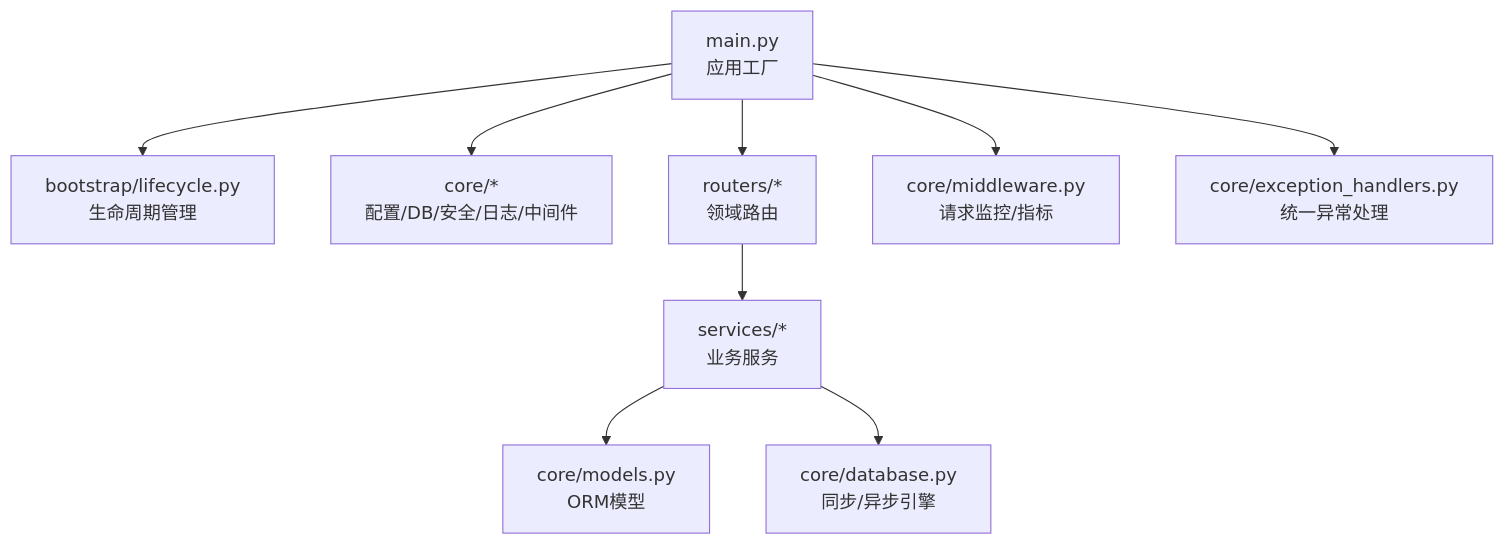
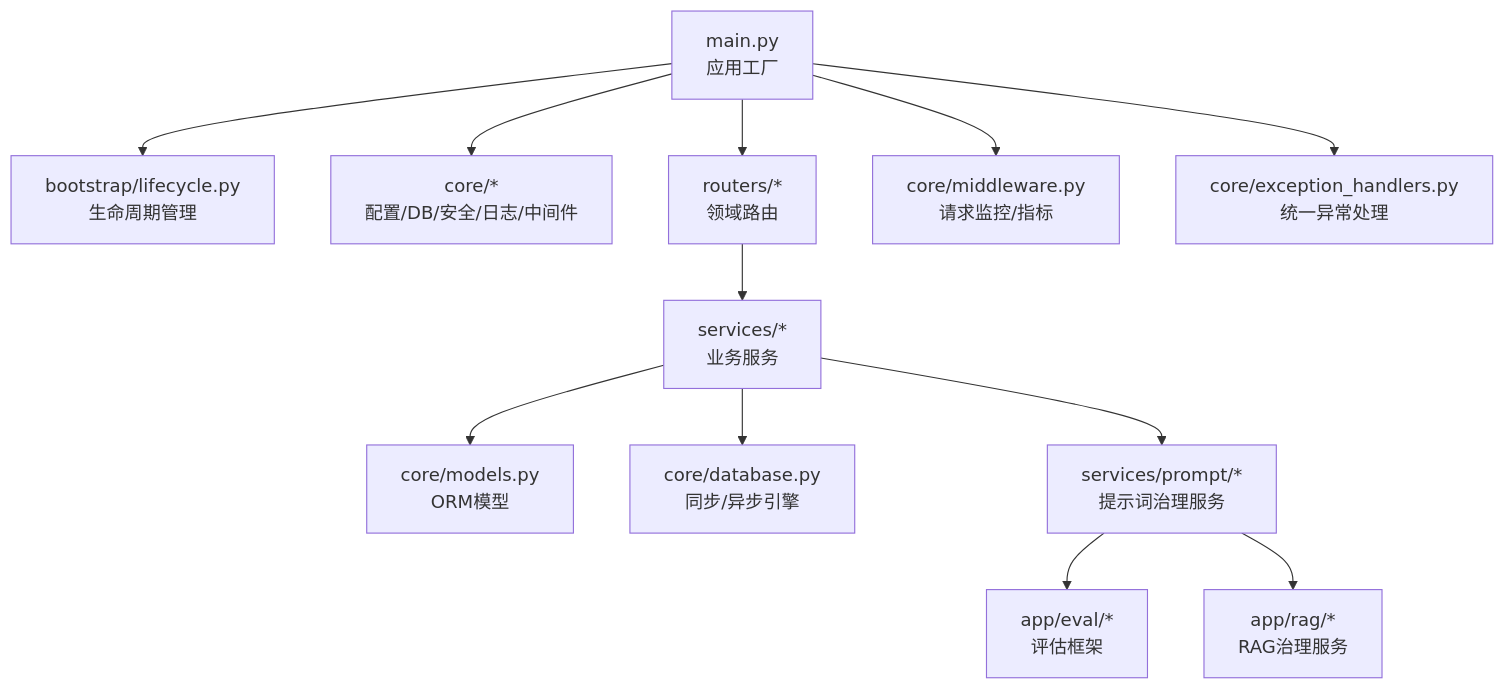
Before and after one commit to songlinhe5-lab/quant_agent: the first of 9 diagrams in .qoder/repowiki/zh/content/后端开发指南/后端开发指南.md, drawn with Mermaid. The commit also changed other lines of this file and 294 other files, not shown here.

````diff
--- a/.qoder/repowiki/zh/content/后端开发指南/后端开发指南.md
+++ b/.qoder/repowiki/zh/content/后端开发指南/后端开发指南.md
@@ -45,11 +68,14 @@
 ```mermaid
 graph TB
 A["main.py<br/>应用工厂"] --> B["bootstrap/lifecycle.py<br/>生命周期管理"]
 A --> C["core/*<br/>配置/DB/安全/日志/中间件"]
 A --> D["routers/*<br/>领域路由"]
 D --> E["services/*<br/>业务服务"]
 E --> F["core/models.py<br/>ORM模型"]
 E --> G["core/database.py<br/>同步/异步引擎"]
 A --> H["core/middleware.py<br/>请求监控/指标"]
 A --> I["core/exception_handlers.py<br/>统一异常处理"]
+E --> J["services/prompt/*<br/>提示词治理服务"]
+J --> K["app/eval/*<br/>评估框架"]
+J --> L["app/rag/*<br/>RAG治理服务"]
 ```
````
